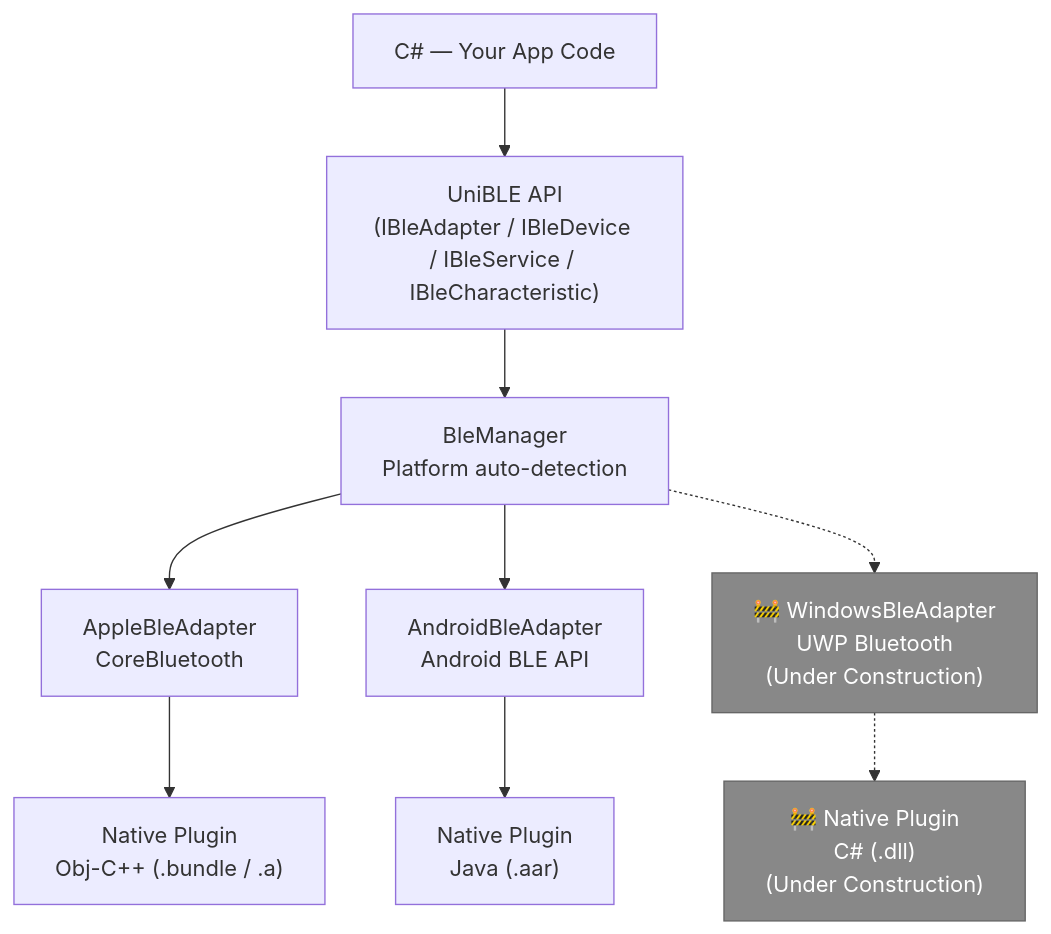
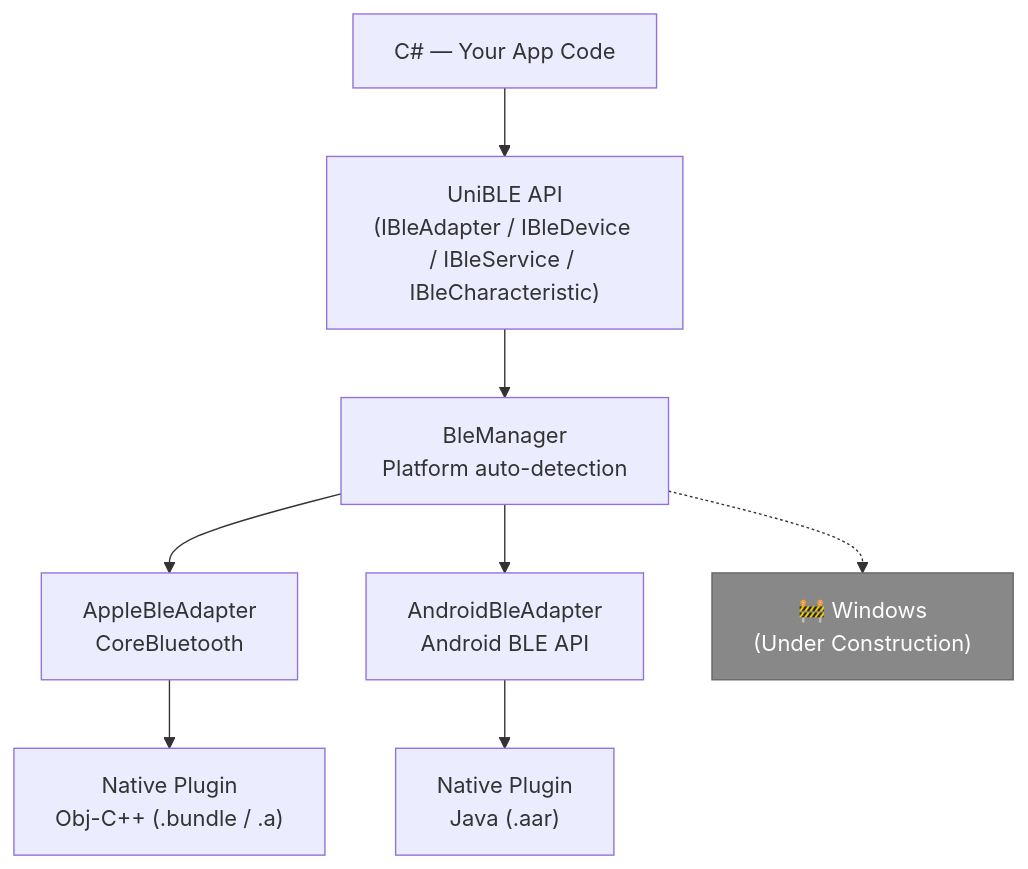
One commit to yoshidan/UniBLE changed the diagram in README.md. Above: the diagram before and after it, drawn with Mermaid.

````diff
--- a/README.md
+++ b/README.md
@@ -13,13 +13,11 @@
 ```mermaid
 graph TD
     A["C# — Your App Code"] --> B["UniBLE API<br/>(IBleAdapter / IBleDevice / IBleService / IBleCharacteristic)"]
     B --> C["BleManager<br/>Platform auto-detection"]
     C --> D["AppleBleAdapter<br/>CoreBluetooth"]
     C --> E["AndroidBleAdapter<br/>Android BLE API"]
-    C -.-> F["🚧 WindowsBleAdapter<br/>UWP Bluetooth<br/>(Under Construction)"]
+    C -.-> F["🚧 Windows<br/>(Under Construction)"]
     D --> G["Native Plugin<br/>Obj-C++ (.bundle / .a)"]
     E --> H["Native Plugin<br/>Java (.aar)"]
-    F -.-> I["🚧 Native Plugin<br/>C# (.dll)<br/>(Under Construction)"]
     style F fill:#888,stroke:#666,color:#fff
-    style I fill:#888,stroke:#666,color:#fff
 ```
````
